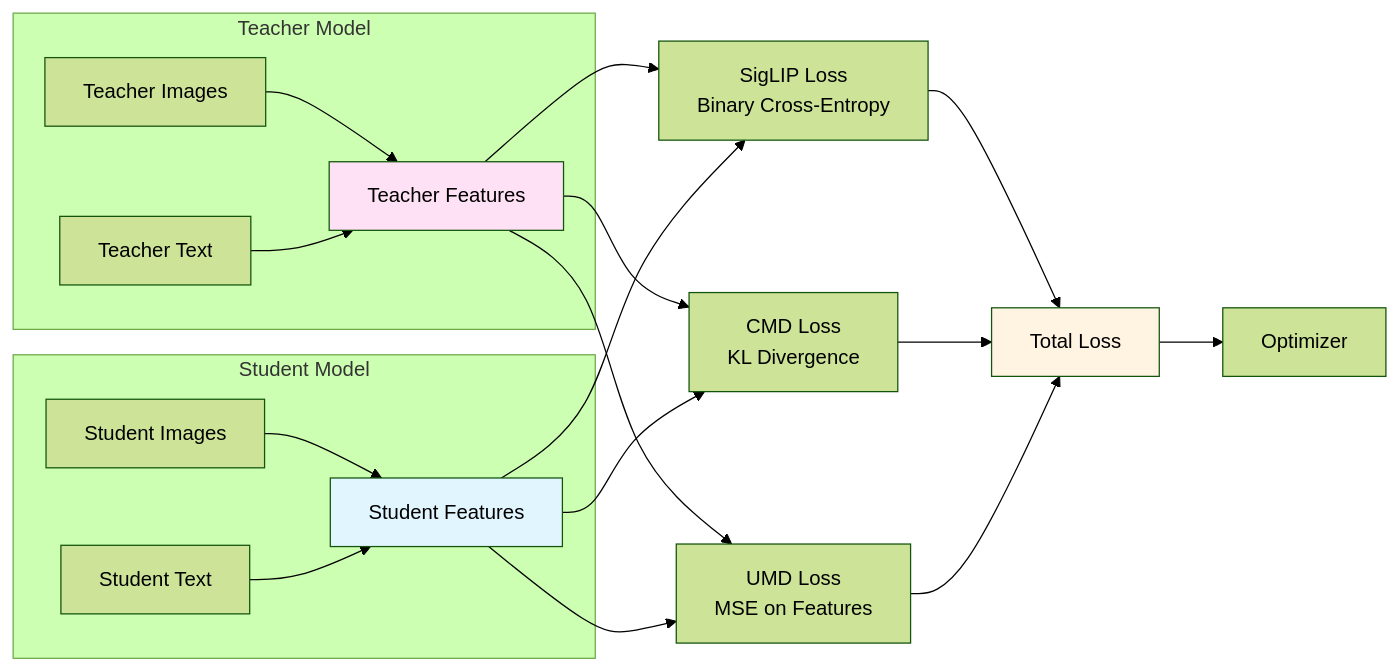
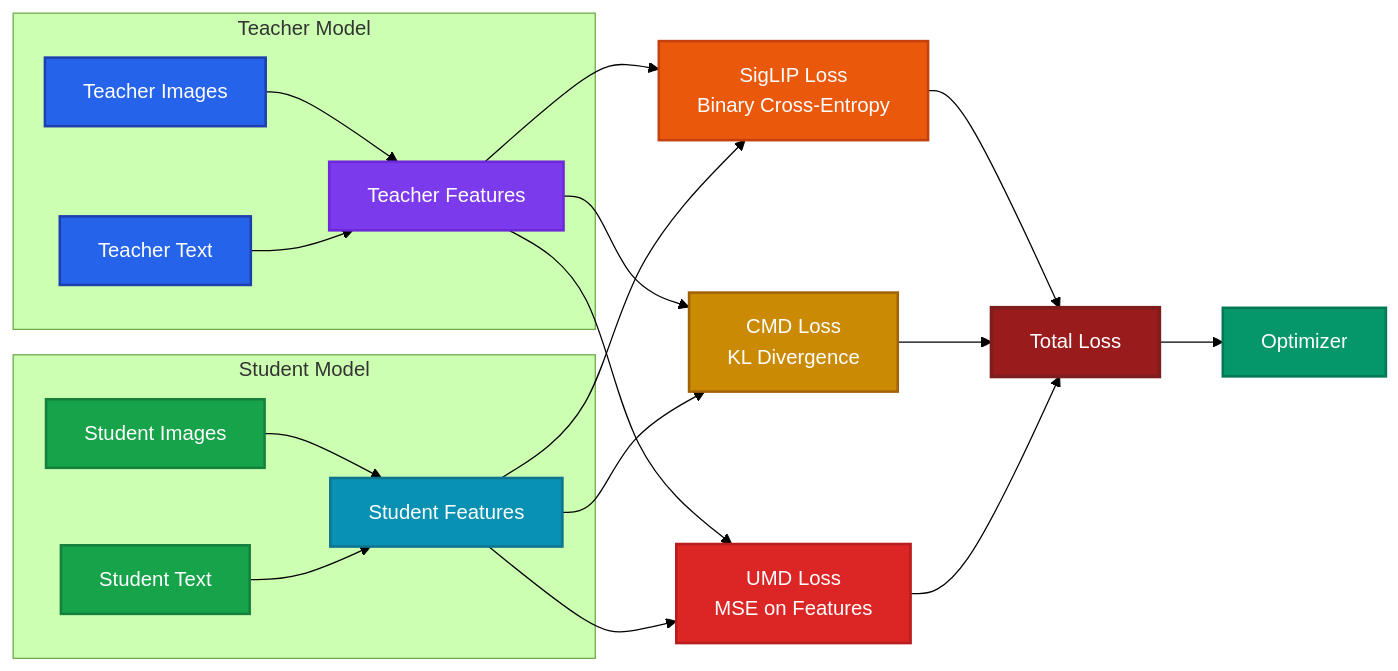
One commit to duoan/TinySigLIP changed the second of 2 diagrams in README.md. Above: the diagram before and after it, drawn with Mermaid (forest theme). The commit also changed other lines of this file, not shown here.

Commit message:
Refactor README to improve clarity and consistency in loss function descriptions and visual styles. Update loss equations to use inline formatting and enhance diagram styles for better visual representation of model components.

````diff
--- a/README.md
+++ b/README.md
@@ -39,31 +45,39 @@
 ```mermaid
 graph LR
     subgraph "Teacher Model"
         TI[Teacher Images] --> TF[Teacher Features]
         TT[Teacher Text] --> TF
     end
 
     subgraph "Student Model"
         SI[Student Images] --> SF[Student Features]
         ST[Student Text] --> SF
     end
 
     TF --> L1[SigLIP Loss<br/>Binary Cross-Entropy]
     SF --> L1
 
     TF --> L2[CMD Loss<br/>KL Divergence]
     SF --> L2
 
     TF --> L3[UMD Loss<br/>MSE on Features]
     SF --> L3
 
     L1 --> TL[Total Loss]
     L2 --> TL
     L3 --> TL
 
     TL --> OPT[Optimizer]
 
-    style TF fill:#ffe1f5
-    style SF fill:#e1f5ff
-    style TL fill:#fff4e1
+    style TI fill:#2563eb,stroke:#1e40af,stroke-width:2px,color:#fff
+    style TT fill:#2563eb,stroke:#1e40af,stroke-width:2px,color:#fff
+    style TF fill:#7c3aed,stroke:#6d28d9,stroke-width:2px,color:#fff
+    style SI fill:#16a34a,stroke:#15803d,stroke-width:2px,color:#fff
+    style ST fill:#16a34a,stroke:#15803d,stroke-width:2px,color:#fff
+    style SF fill:#0891b2,stroke:#0e7490,stroke-width:2px,color:#fff
+    style L1 fill:#ea580c,stroke:#c2410c,stroke-width:2px,color:#fff
+    style L2 fill:#ca8a04,stroke:#a16207,stroke-width:2px,color:#fff
+    style L3 fill:#dc2626,stroke:#b91c1c,stroke-width:2px,color:#fff
+    style TL fill:#991b1b,stroke:#7f1d1d,stroke-width:3px,color:#fff
+    style OPT fill:#059669,stroke:#047857,stroke-width:2px,color:#fff
 ```
````
